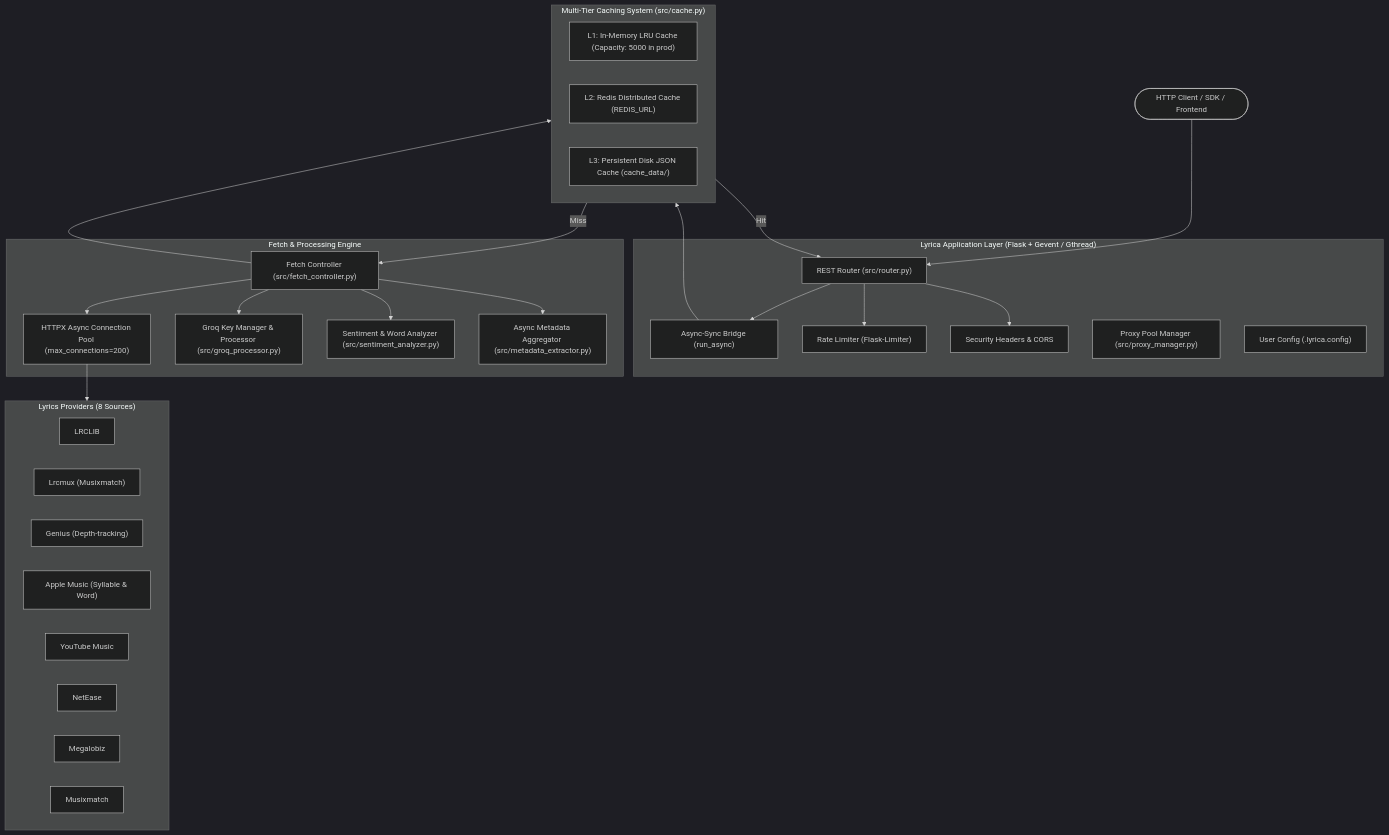
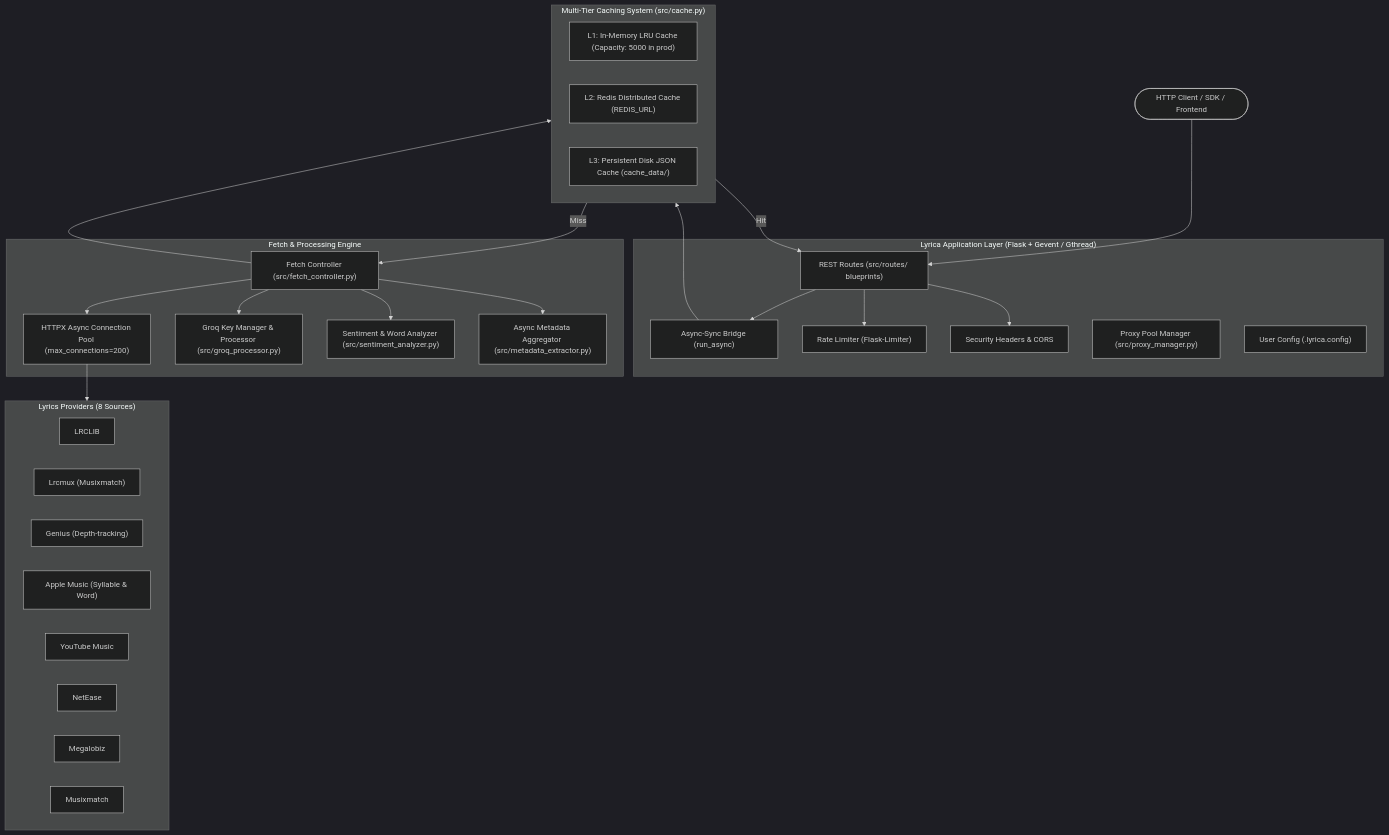
One commit to mekongmoon/Lyrica changed the first of 2 diagrams in docs/architecture/overview.md. Above: the diagram before and after it, drawn with Mermaid (dark theme). The commit also changed other lines of this file and 3 other files, not shown here.

````diff
--- a/docs/architecture/overview.md
+++ b/docs/architecture/overview.md
@@ -9,53 +9,53 @@
 ```mermaid
 graph TD
     Client([HTTP Client / SDK / Frontend])
 
     subgraph Server["Lyrica Application Layer (Flask + Gevent / Gthread)"]
-        Router["REST Router (src/router.py)"]
+        Router["REST Routes (src/routes/ blueprints)"]
         AsyncBridge["Async-Sync Bridge (run_async)"]
         Limiter["Rate Limiter (Flask-Limiter)"]
         Security["Security Headers & CORS"]
         ProxyMgr["Proxy Pool Manager (src/proxy_manager.py)"]
         UserCfg["User Config (.lyrica.config)"]
     end
 
     subgraph Caching["Multi-Tier Caching System (src/cache.py)"]
         L1["L1: In-Memory LRU Cache (Capacity: 5000 in prod)"]
         L2["L2: Redis Distributed Cache (REDIS_URL)"]
         L3["L3: Persistent Disk JSON Cache (cache_data/)"]
     end
 
     subgraph Controller["Fetch & Processing Engine"]
         FetchCtrl["Fetch Controller (src/fetch_controller.py)"]
         Pool["HTTPX Async Connection Pool (max_connections=200)"]
         GroqMgr["Groq Key Manager & Processor (src/groq_processor.py)"]
         Sentiment["Sentiment & Word Analyzer (src/sentiment_analyzer.py)"]
         MetadataEng["Async Metadata Aggregator (src/metadata_extractor.py)"]
     end
 
     subgraph Providers["Lyrics Providers (8 Sources)"]
         P1["LRCLIB"]
         P2["Lrcmux (Musixmatch)"]
         P3["Genius (Depth-tracking)"]
         P4["Apple Music (Syllable & Word)"]
         P5["YouTube Music"]
         P6["NetEase"]
         P7["Megalobiz"]
         P8["Musixmatch"]
     end
 
     Client --> Router
     Router --> Security
     Router --> Limiter
     Router --> AsyncBridge
     AsyncBridge --> Caching
     Caching -- Hit --> Router
     Caching -- Miss --> FetchCtrl
 
     FetchCtrl --> Pool
     Pool --> Providers
     FetchCtrl --> GroqMgr
     FetchCtrl --> Sentiment
     FetchCtrl --> MetadataEng
     FetchCtrl --> Caching
 ```
````
